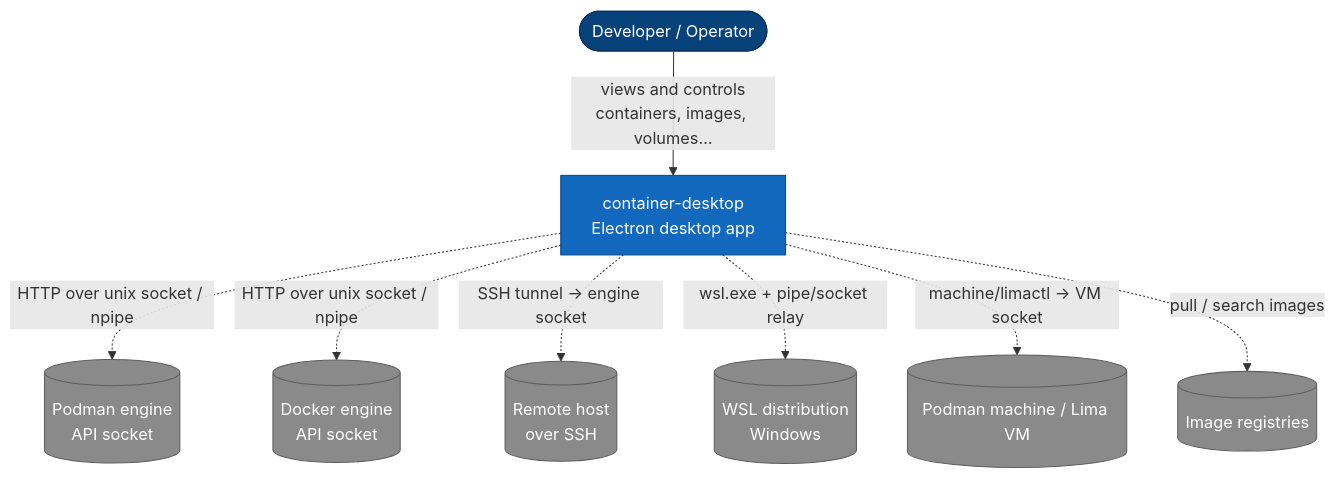
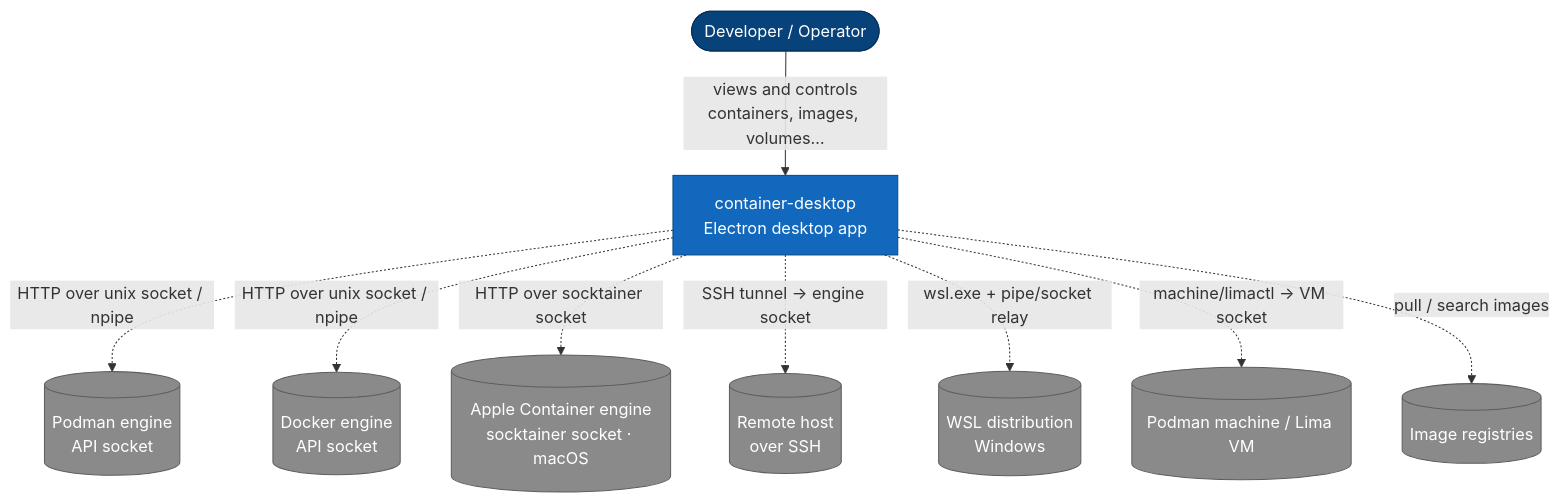
One commit to iongion/container-desktop changed the first of 2 diagrams in docs/architecture/overview.md. Above: the diagram before and after it, drawn with Mermaid. The commit also changed other lines of this file and 305 other files, not shown here.

First line of the commit message:
feat: Apple Container engine support and env-driven remote SSH

````diff
--- a/docs/architecture/overview.md
+++ b/docs/architecture/overview.md
@@ -12,25 +12,27 @@
 ```mermaid
 flowchart TB
   dev([Developer / Operator]):::person
 
   cd[container-desktop<br/>Electron desktop app]:::system
 
   podman[(Podman engine<br/>API socket)]:::external
   docker[(Docker engine<br/>API socket)]:::external
+  container[(Apple Container engine<br/>socktainer socket · macOS)]:::external
   ssh[(Remote host<br/>over SSH)]:::external
   wsl[(WSL distribution<br/>Windows)]:::external
   vm[(Podman machine / Lima VM)]:::external
   registry[(Image registries)]:::external
 
   dev -->|views and controls<br/>containers, images, volumes…| cd
   cd -.->|HTTP over unix socket / npipe| podman
   cd -.->|HTTP over unix socket / npipe| docker
+  cd -.->|HTTP over socktainer socket| container
   cd -.->|SSH tunnel → engine socket| ssh
   cd -.->|wsl.exe + pipe/socket relay| wsl
   cd -.->|machine/limactl → VM socket| vm
   cd -.->|pull / search images| registry
 
   classDef person fill:#08427b,color:#fff,stroke:#052e56;
   classDef system fill:#1168bd,color:#fff,stroke:#0b4884;
   classDef external fill:#8a8a8a,color:#fff,stroke:#5e5e5e;
 ```
````
